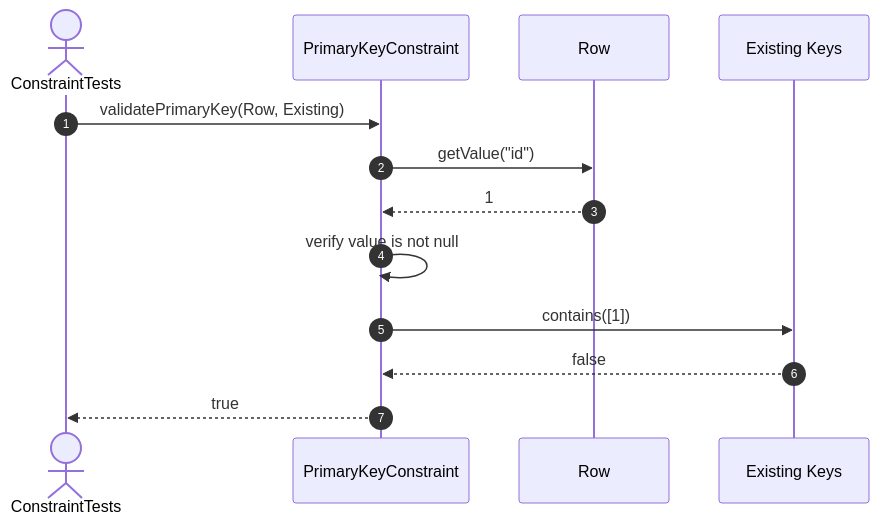
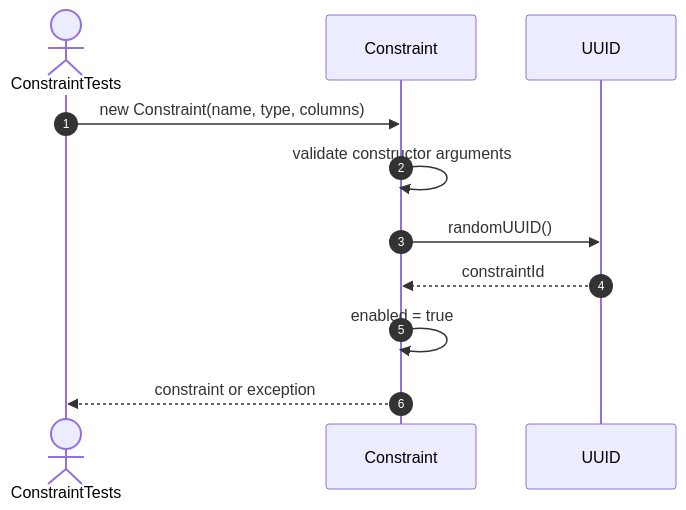
The sixth of 54 diagrams in src/tests/unit/metadata/sequences/constraint-testing.se.md (FhuAnn/-bbv-AN-s-DBMS), drawn with Mermaid before and after one commit. The commit also changed other lines of this file and 9 other files, not shown here.

Commit message:
table and row run test successfully, remaining constraint object

````diff
--- a/src/tests/unit/metadata/sequences/constraint-testing.se.md
+++ b/src/tests/unit/metadata/sequences/constraint-testing.se.md
@@ -72,16 +86,14 @@
 ```mermaid
 sequenceDiagram
     autonumber
     actor Test as ConstraintTests
-    participant PK as PrimaryKeyConstraint
-    participant Row as Row
-    participant Existing as Existing Keys
+    participant Constraint as Constraint
+    participant UUID as UUID
 
-    Test->>PK: validatePrimaryKey(Row, Existing)
-    PK->>Row: getValue("id")
-    Row-->>PK: 1
-    PK->>PK: verify value is not null
-    PK->>Existing: contains([1])
-    Existing-->>PK: false
-    PK-->>Test: true
+    Test->>Constraint: new Constraint(name, type, columns)
+    Constraint->>Constraint: validate constructor arguments
+    Constraint->>UUID: randomUUID()
+    UUID-->>Constraint: constraintId
+    Constraint->>Constraint: enabled = true
+    Constraint-->>Test: constraint or exception
 ```
````
